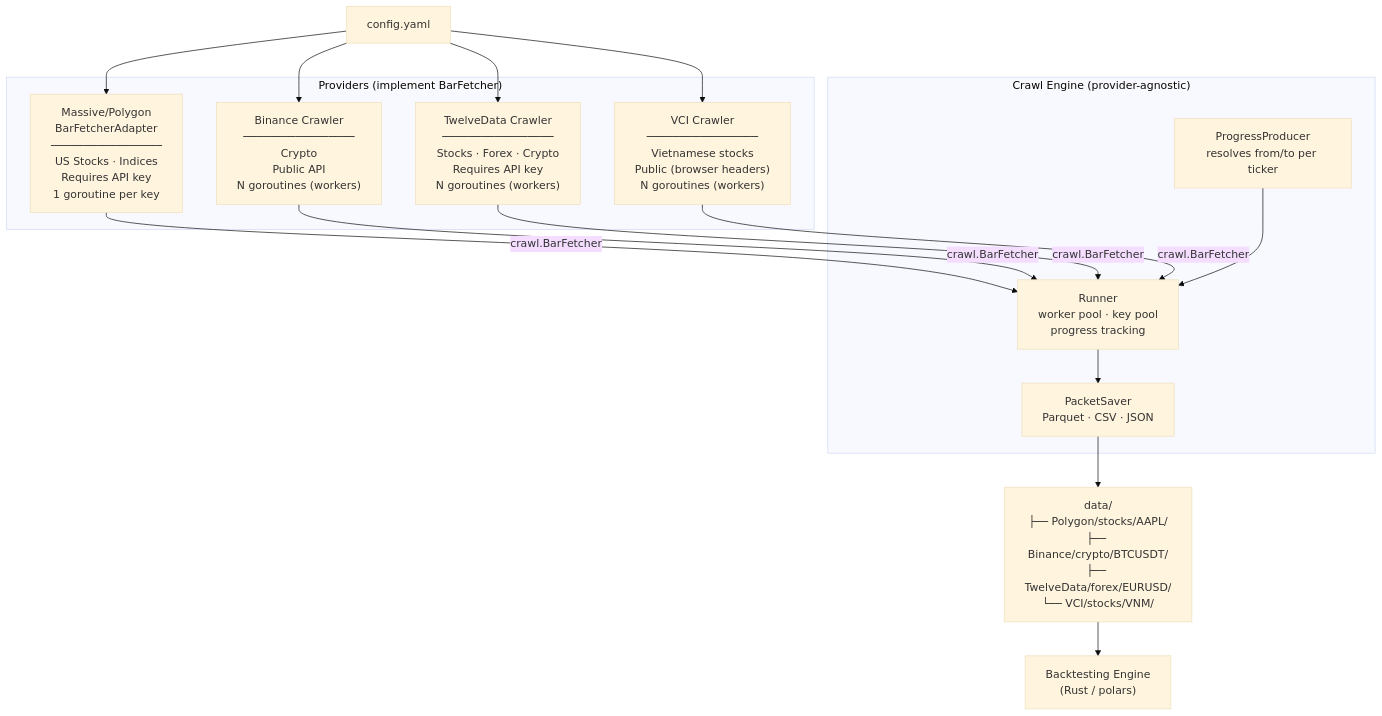
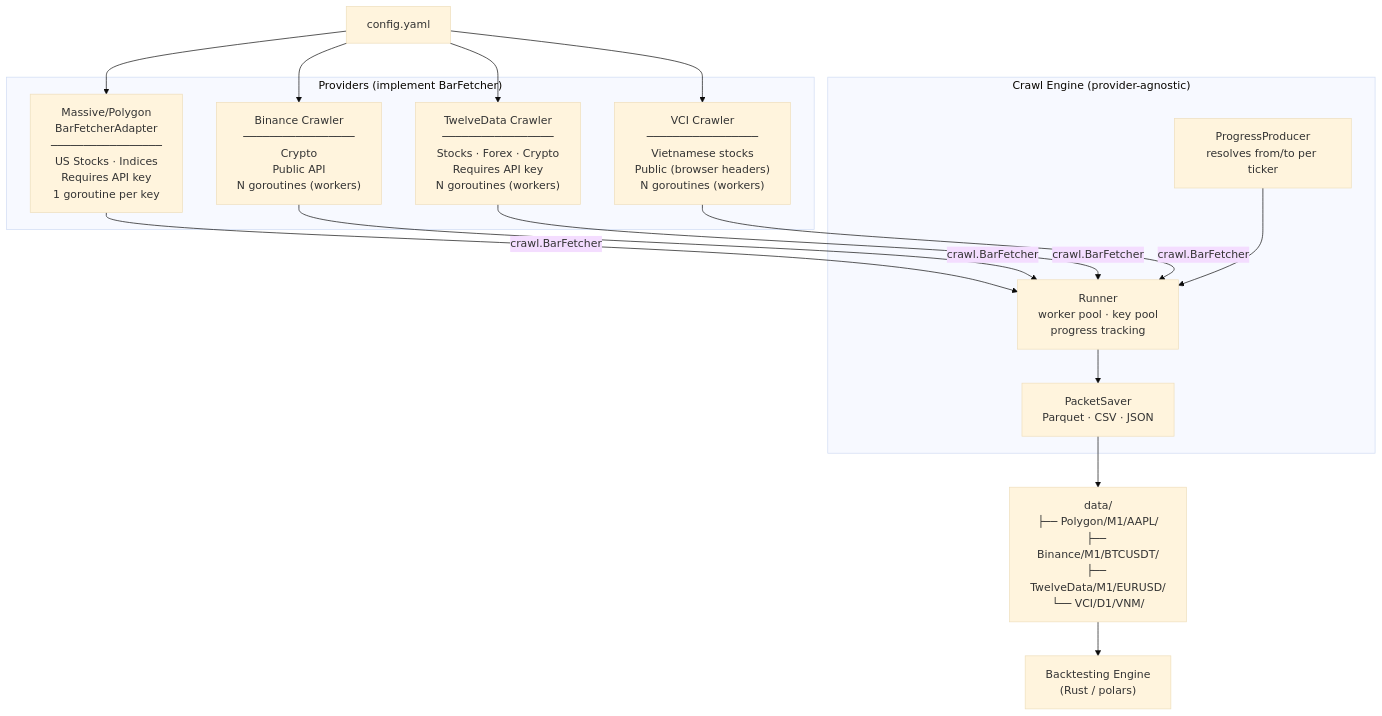
One commit to wdfday/hist-data changed the diagram in README.md. Above: the diagram before and after it, drawn with Mermaid (base theme). The commit also changed other lines of this file and 17 other files, not shown here.

````diff
--- a/README.md
+++ b/README.md
@@ -59,26 +59,26 @@
 ```mermaid
 flowchart TD
     CFG[config.yaml]
 
     subgraph "Providers (implement BarFetcher)"
         POL["Massive/Polygon\nBarFetcherAdapter\n─────────────────\nUS Stocks · Indices\nRequires API key\n1 goroutine per key"]
         BIN["Binance Crawler\n─────────────────\nCrypto\nPublic API\nN goroutines (workers)"]
         TD["TwelveData Crawler\n─────────────────\nStocks · Forex · Crypto\nRequires API key\nN goroutines (workers)"]
         VCI["VCI Crawler\n─────────────────\nVietnamese stocks\nPublic (browser headers)\nN goroutines (workers)"]
     end
 
     subgraph "Crawl Engine (provider-agnostic)"
         PROD[ProgressProducer\nresolves from/to per ticker]
         RUNNER[Runner\nworker pool · key pool\nprogress tracking]
         SAVER["PacketSaver\nParquet · CSV · JSON"]
     end
 
-    OUT["data/\n├── Polygon/stocks/AAPL/\n├── Binance/crypto/BTCUSDT/\n├── TwelveData/forex/EURUSD/\n└── VCI/stocks/VNM/"]
+    OUT["data/\n├── Polygon/M1/AAPL/\n├── Binance/M1/BTCUSDT/\n├── TwelveData/M1/EURUSD/\n└── VCI/D1/VNM/"]
     BT["Backtesting Engine\n(Rust / polars)"]
 
     CFG --> POL & BIN & TD & VCI
     POL & BIN & TD & VCI -->|crawl.BarFetcher| RUNNER
     PROD --> RUNNER
     RUNNER --> SAVER --> OUT
     OUT --> BT
 ```
````
